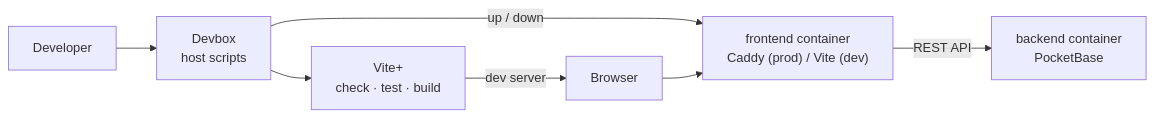
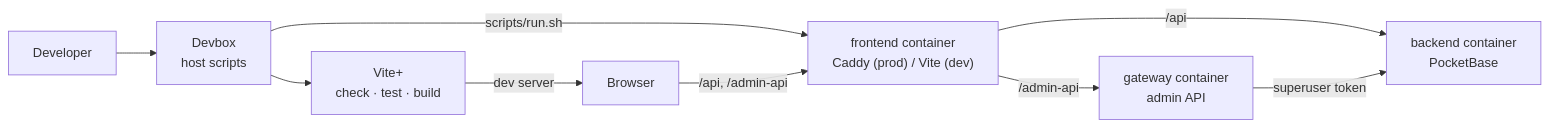
Before and after one commit to AntoineTrev/DEFAULT_WEB: the diagram in README.md, drawn with Mermaid. The commit also changed other lines of this file and 1 other file, not shown here.

First line of the commit message:
docs: document the gateway workflow and launcher

````diff
--- a/README.md
+++ b/README.md
@@ -41,16 +45,19 @@
 ```mermaid
 flowchart LR
     Dev["Developer"]
     Devbox["Devbox<br/>host scripts"]
     VP["Vite+<br/>check · test · build"]
     FE["frontend container<br/>Caddy (prod) / Vite (dev)"]
+    GW["gateway container<br/>admin API"]
     BE["backend container<br/>PocketBase"]
     Browser["Browser"]
 
     Dev --> Devbox
     Devbox --> VP
-    Devbox -->|"up / down"| FE
+    Devbox -->|"scripts/run.sh"| FE
     VP -->|"dev server"| Browser
-    Browser --> FE
-    FE -->|"REST API"| BE
+    Browser -->|"/api, /admin-api"| FE
+    FE -->|"/api"| BE
+    FE -->|"/admin-api"| GW
+    GW -->|"superuser token"| BE
 ```
````
